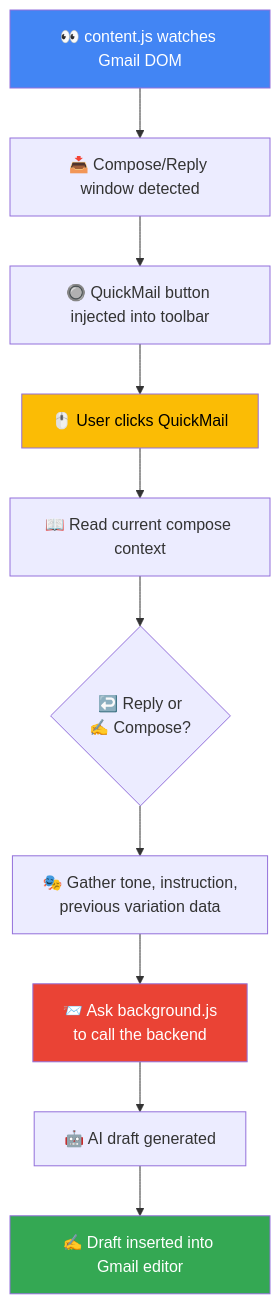
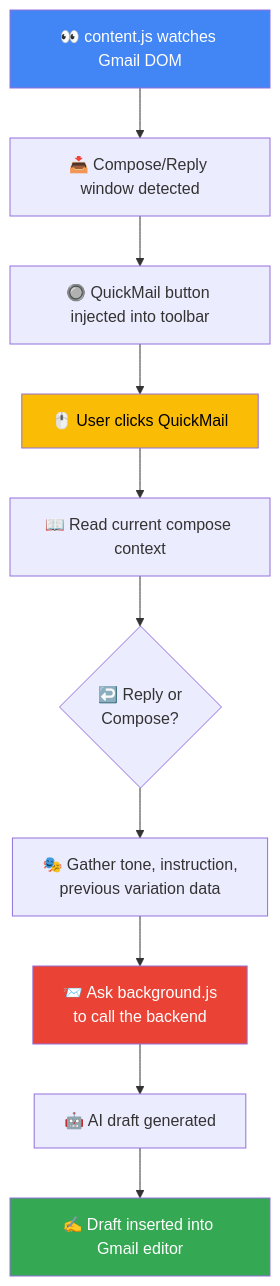
The first of 3 diagrams in README.md (bikashcode-dev/quickmail-AI-frontend), drawn with Mermaid before and after one commit.

````diff
--- a/README.md
+++ b/README.md
@@ -55,17 +55,17 @@
 ```mermaid
 flowchart TD
     A["👀 content.js watches Gmail DOM"] --> B["📥 Compose/Reply window detected"]
     B --> C["🔘 QuickMail button injected into toolbar"]
     C --> D["🖱️ User clicks QuickMail"]
     D --> E["📖 Read current compose context"]
-    E --> F{"↩️ Reply or<br/>✍️ Compose?"}
+    E --> F{"↩️ Reply or<br/>Compose?"}
     F --> G["🎭 Gather tone, instruction,<br/>previous variation data"]
     G --> H["📨 Ask background.js<br/>to call the backend"]
     H --> I["🤖 AI draft generated"]
     I --> J["✍️ Draft inserted into Gmail editor"]
 
     style A fill:#4285F4,color:#fff
     style D fill:#FBBC05,color:#000
     style H fill:#EA4335,color:#fff
     style J fill:#34A853,color:#fff
 ```
````
